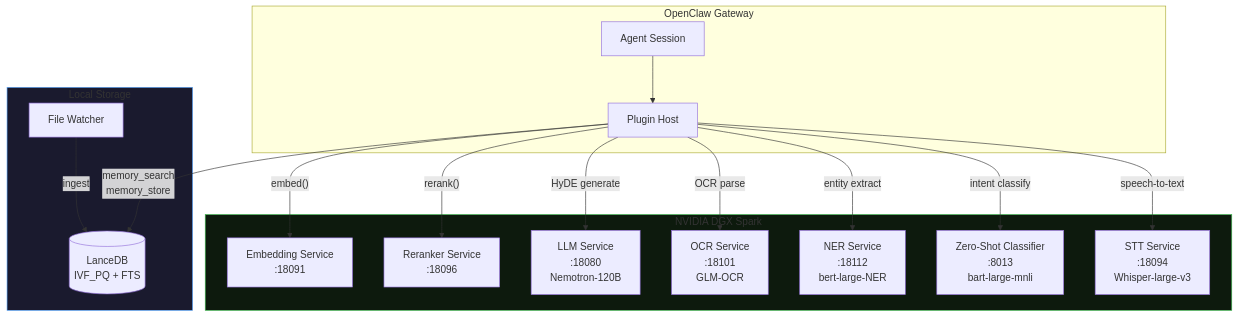
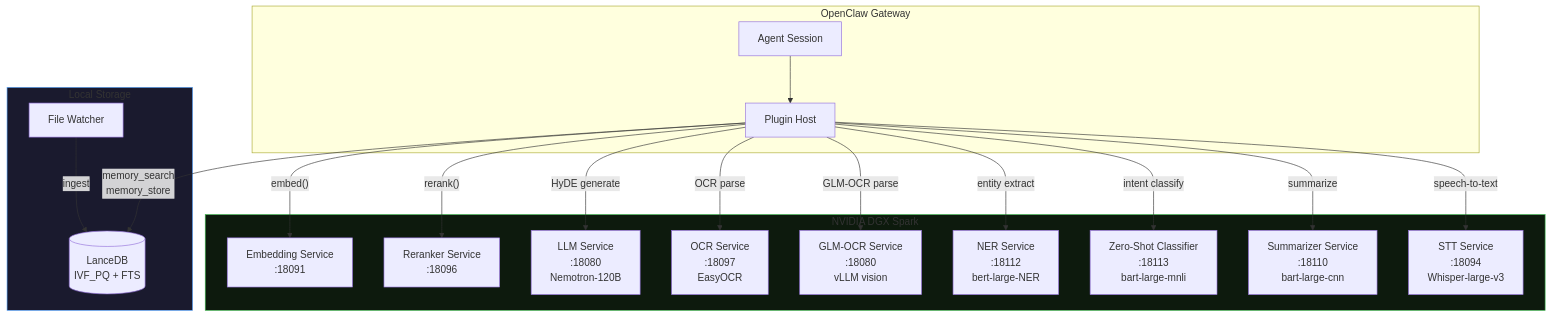
The fourth of 5 diagrams in README.md (kleinpanic/memory-spark), drawn with Mermaid before and after one commit. The commit also changed other lines of this file, not shown here.

Commit message:
fix(readme): correct all Spark service ports and add missing services
CORRECTED PORTS:
- OCR: :18097 (EasyOCR), not :18101
- GLM-OCR: :18080 (same as LLM for vLLM vision)
- Zero-shot: :18113, not :8013

ADDED MISSING SERVICES:
- Summarizer Service (:18110) - bart-large-cnn
- Zero-Shot Classifier (:18113) - bart-large-mnli

All ports now match actual src/config.ts defaults

````diff
--- a/README.md
+++ b/README.md
@@ -252,36 +252,40 @@
 ```mermaid
 graph TB
     subgraph OPENCLAW["OpenClaw Gateway"]
         A[Agent Session]
         B[Plugin Host]
     end
     
     subgraph SPARK["NVIDIA DGX Spark"]
         C[Embedding Service<br/>:18091]
         D[Reranker Service<br/>:18096]
         E[LLM Service<br/>:18080<br/>Nemotron-120B]
-        F[OCR Service<br/>:18101<br/>GLM-OCR]
-        G[NER Service<br/>:18112<br/>bert-large-NER]
-        H[Zero-Shot Classifier<br/>:8013<br/>bart-large-mnli]
-        I[STT Service<br/>:18094<br/>Whisper-large-v3]
+        F[OCR Service<br/>:18097<br/>EasyOCR]
+        G[GLM-OCR Service<br/>:18080<br/>vLLM vision]
+        H[NER Service<br/>:18112<br/>bert-large-NER]
+        I[Zero-Shot Classifier<br/>:18113<br/>bart-large-mnli]
+        J[Summarizer Service<br/>:18110<br/>bart-large-cnn]
+        K[STT Service<br/>:18094<br/>Whisper-large-v3]
     end
     
     subgraph STORAGE["Local Storage"]
-        J[(LanceDB<br/>IVF_PQ + FTS)]
-        K[File Watcher]
+        L[(LanceDB<br/>IVF_PQ + FTS)]
+        M[File Watcher]
     end
     
     A --> B
-    B -->|"memory_search<br/>memory_store"| J
+    B -->|"memory_search<br/>memory_store"| L
     B -->|"embed()"| C
     B -->|"rerank()"| D
     B -->|"HyDE generate"| E
     B -->|"OCR parse"| F
-    B -->|"entity extract"| G
-    B -->|"intent classify"| H
-    B -->|"speech-to-text"| I
-    K -->|"ingest"| J
+    B -->|"GLM-OCR parse"| G
+    B -->|"entity extract"| H
+    B -->|"intent classify"| I
+    B -->|"summarize"| J
+    B -->|"speech-to-text"| K
+    M -->|"ingest"| L
     
     style SPARK fill:#0d1a0d,stroke:#3fb950
     style STORAGE fill:#1a1a2e,stroke:#58a6ff
 ```
````
